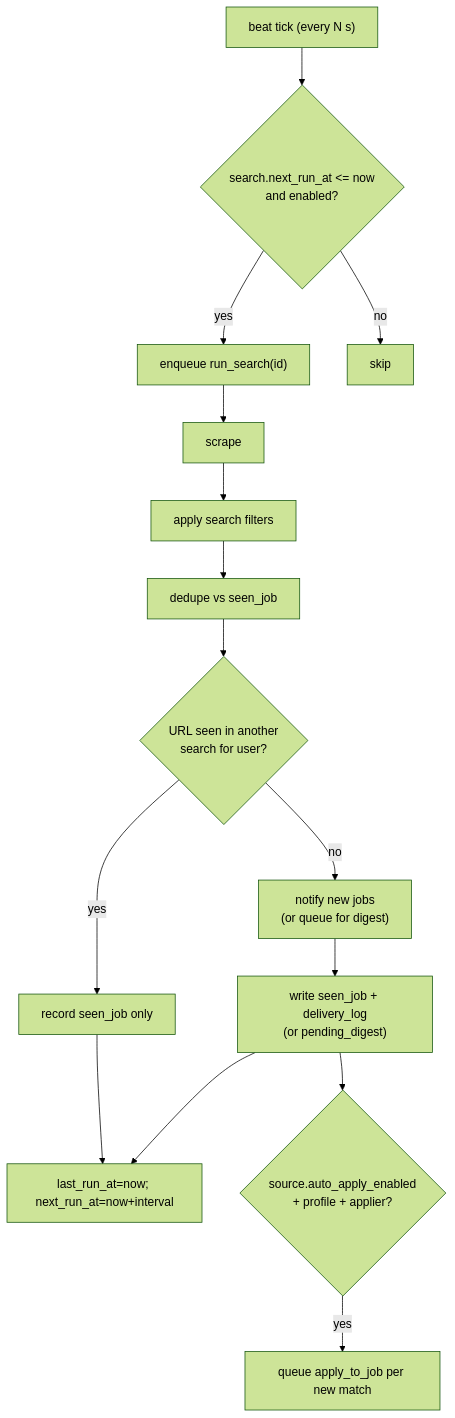
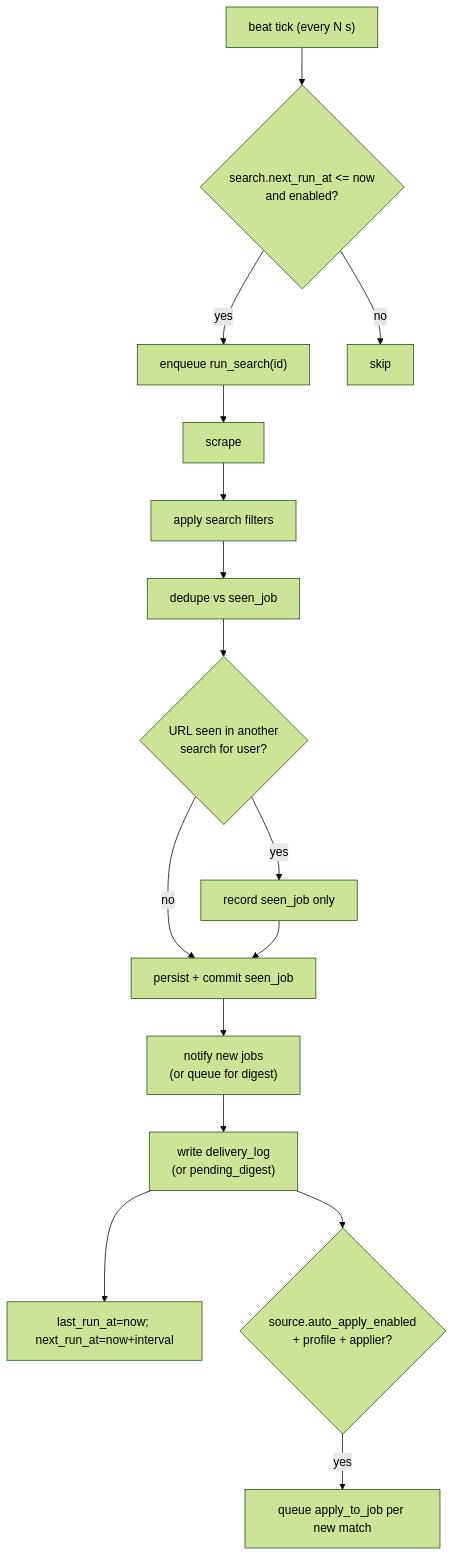
One commit to davidcristian/HeadStart changed the diagram in docs/modules/worker.md. Above: the diagram before and after it, drawn with Mermaid (forest theme). The commit also changed other lines of this file and 6 other files, not shown here.

First line of the commit message:
fix(pipeline): commit seen_jobs before immediate notify

````diff
--- a/docs/modules/worker.md
+++ b/docs/modules/worker.md
@@ -44,16 +44,17 @@
 ```mermaid
 flowchart TD
   tick["beat tick (every N s)"] --> q{"search.next_run_at <= now\nand enabled?"}
   q -->|yes| enqueue["enqueue run_search(id)"]
   q -->|no| skip[skip]
   enqueue --> scrape[scrape] --> filter[apply search filters]
   filter --> dedupe[dedupe vs seen_job]
   dedupe --> cross{"URL seen in another\nsearch for user?"}
   cross -->|yes| record_only[record seen_job only]
-  cross -->|no| notify["notify new jobs\n(or queue for digest)"]
-  record_only --> reschedule
-  notify --> record["write seen_job + delivery_log\n(or pending_digest)"]
-  record --> reschedule["last_run_at=now; next_run_at=now+interval"]
-  record --> autoapply{"source.auto_apply_enabled\n+ profile + applier?"}
+  cross -->|no| persist["persist + commit seen_job"]
+  record_only --> persist
+  persist --> notify["notify new jobs\n(or queue for digest)"]
+  notify --> delivery["write delivery_log\n(or pending_digest)"]
+  delivery --> reschedule["last_run_at=now; next_run_at=now+interval"]
+  delivery --> autoapply{"source.auto_apply_enabled\n+ profile + applier?"}
   autoapply -->|yes| enqueue_apply["queue apply_to_job per new match"]
 ```
````
